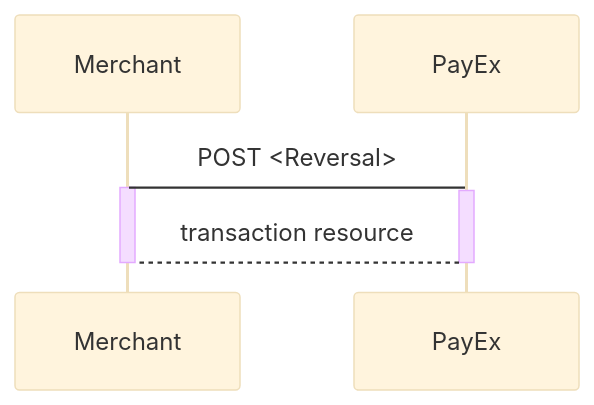
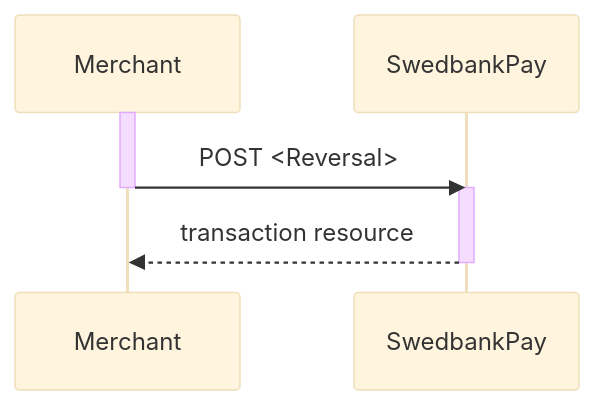
Before and after one commit to SwedbankPay/developer.swedbankpay.com: the fourth of 4 diagrams in _includes/payment-link.md, drawn with Mermaid (base theme). The commit also changed other lines of this file and 6 other files, not shown here.

Commit message:
DX-413 fixed tables, added links and fixed diagrams

````diff
--- a/_includes/payment-link.md
+++ b/_includes/payment-link.md
@@ -242,9 +240,7 @@
 ```mermaid
 sequenceDiagram
-Merchant->PayEx: POST <Reversal>
 activate Merchant
-activate PayEx
-PayEx-->Merchant: transaction resource
-deactivate PayEx
-deactivate Merchant
+Merchant->>-SwedbankPay: POST <Reversal>
+activate SwedbankPay
+SwedbankPay-->>-Merchant: transaction resource
 ```
````
